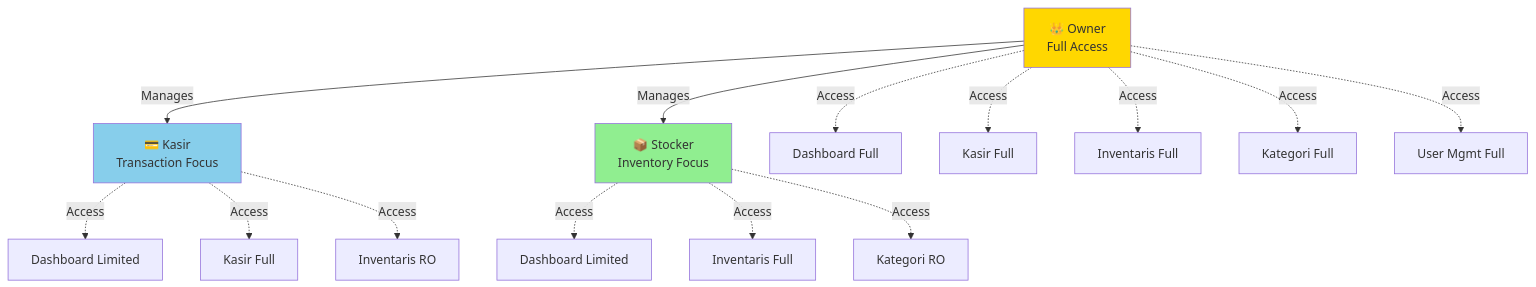
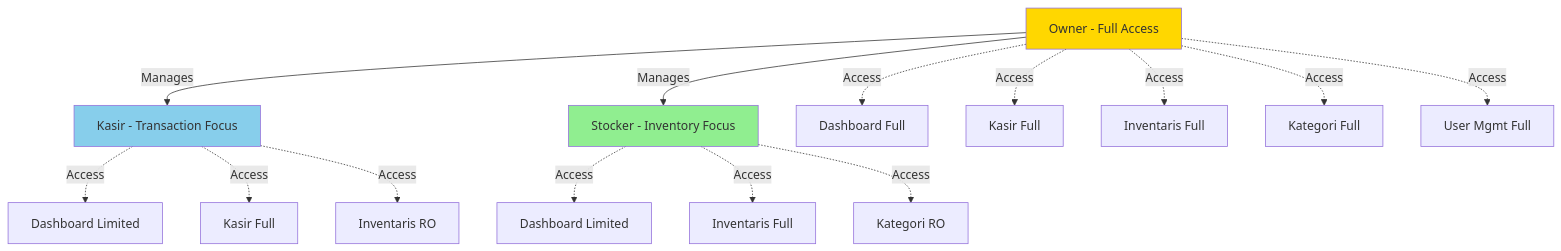
Before and after one commit to athfizh/KedaiKopiApp-CakBudibud: the fifth of 5 diagrams in README.md, drawn with Mermaid. The commit also changed other lines of this file, not shown here.

````diff
--- a/README.md
+++ b/README.md
@@ -530,27 +530,27 @@
 ```mermaid
 graph TD
-    Owner[👑 Owner<br/>Full Access]
-    Kasir[💳 Kasir<br/>Transaction Focus]
-    Stocker[📦 Stocker<br/>Inventory Focus]
+    Owner[Owner - Full Access]
+    Kasir[Kasir - Transaction Focus]
+    Stocker[Stocker - Inventory Focus]
 
     Owner -->|Manages| Kasir
     Owner -->|Manages| Stocker
 
     Owner -.->|Access| OwnerDash[Dashboard Full]
     Owner -.->|Access| OwnerKasir[Kasir Full]
     Owner -.->|Access| OwnerInv[Inventaris Full]
     Owner -.->|Access| OwnerKat[Kategori Full]
     Owner -.->|Access| OwnerUser[User Mgmt Full]
 
     Kasir -.->|Access| KasirDash[Dashboard Limited]
     Kasir -.->|Access| KasirPOS[Kasir Full]
     Kasir -.->|Access| KasirInv[Inventaris RO]
 
     Stocker -.->|Access| StockerDash[Dashboard Limited]
     Stocker -.->|Access| StockerInv[Inventaris Full]
     Stocker -.->|Access| StockerKat[Kategori RO]
 
     style Owner fill:#ffd700
     style Kasir fill:#87ceeb
     style Stocker fill:#90ee90
 ```
````
